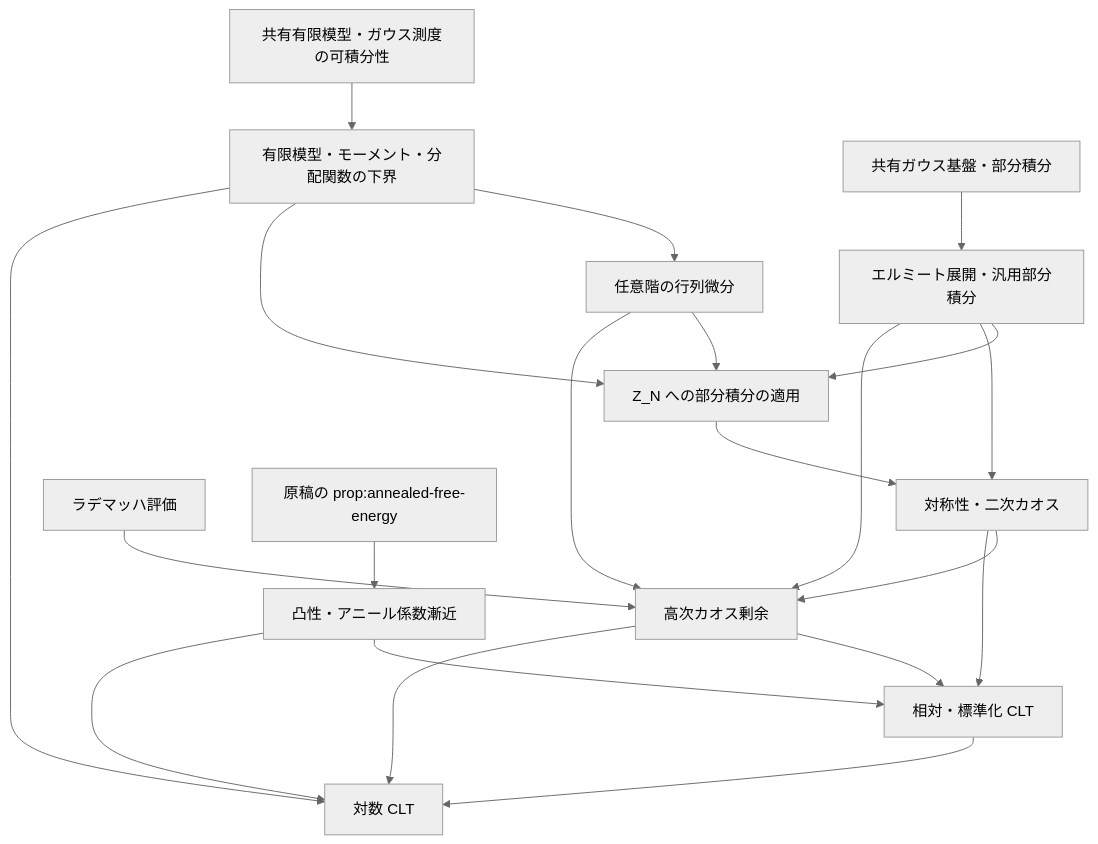
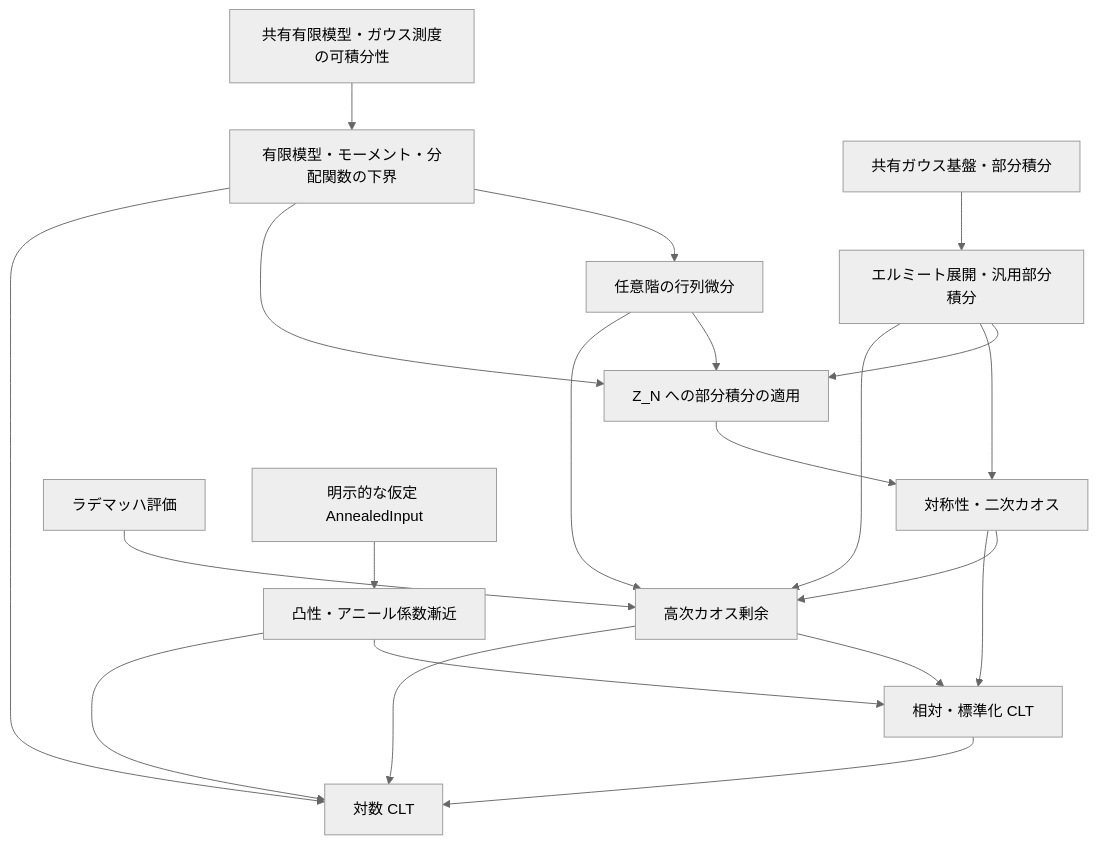
The diagram in CLT/ARCHITECTURE.md (TokyoProbabilityGroup/SYK_CLT), drawn with Mermaid (neutral theme) before and after one commit. The commit also changed other lines of this file and 9 other files, not shown here.

Commit message:
docs: change the plan to showing the main theorem under assuming `prop:annealed-free-energy`

````diff
--- a/CLT/ARCHITECTURE.md
+++ b/CLT/ARCHITECTURE.md
@@ -146,23 +146,23 @@
 ```mermaid
 flowchart TD
     shared["共有有限模型・ガウス測度の可積分性"] --> finite["有限模型・モーメント・分配関数の下界"]
     gaussian["共有ガウス基盤・部分積分"] --> hermite["エルミート展開・汎用部分積分"]
     finite --> derivatives["任意階の行列微分"]
     hermite --> zIBP["Z_N への部分積分の適用"]
     finite --> zIBP
     derivatives --> zIBP
     zIBP --> second["対称性・二次カオス"]
     hermite --> second
     hermite --> remainder["高次カオス剰余"]
     second --> remainder
     derivatives --> remainder
     rademacher["ラデマッハ評価"] --> remainder
-    external["原稿の prop:annealed-free-energy"] --> annealed["凸性・アニール係数漸近"]
+    external["明示的な仮定 AnnealedInput"] --> annealed["凸性・アニール係数漸近"]
     second --> clt["相対・標準化 CLT"]
     remainder --> clt
     annealed --> clt
     clt --> logclt["対数 CLT"]
     finite --> logclt
     remainder --> logclt
     annealed --> logclt
 ```
````
